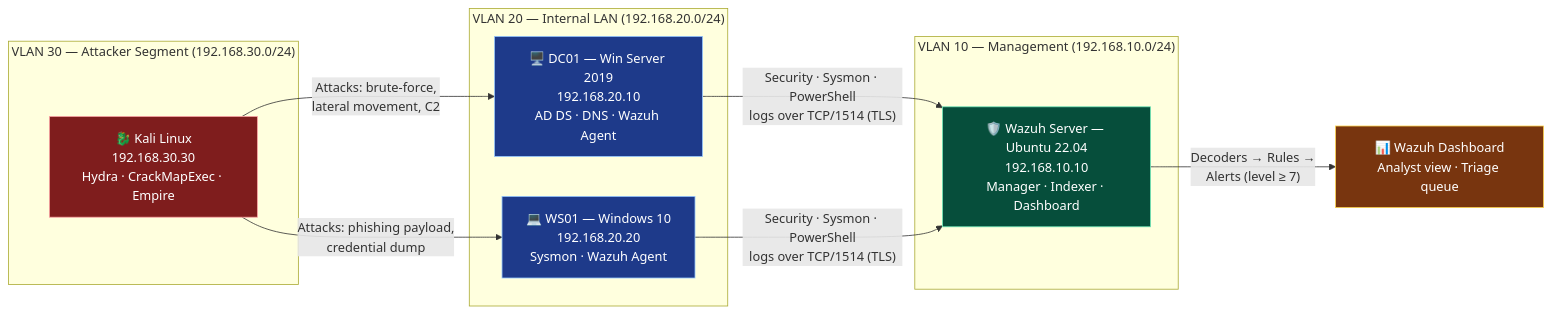
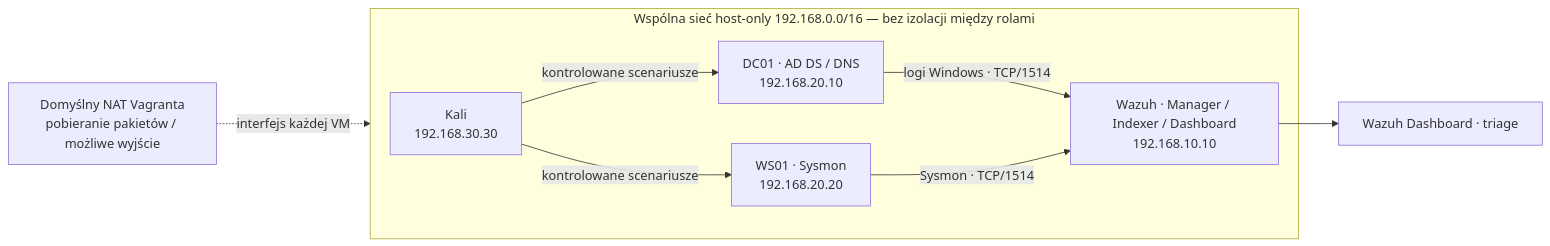
The first of 2 diagrams in README.md (Pawel123j/SOC-Home-Lab-Wazuh-AD-), drawn with Mermaid before and after one commit. The commit also changed other lines of this file and 14 other files, not shown here.

````diff
--- a/README.md
+++ b/README.md
@@ -92,32 +98,16 @@
 ```mermaid
 flowchart LR
-    subgraph VLAN30["VLAN 30 — Attacker Segment (192.168.30.0/24)"]
-        KALI["🐉 Kali Linux<br/>192.168.30.30<br/>Hydra · CrackMapExec · Empire"]
+    subgraph HOSTONLY["Wspólna sieć host-only 192.168.0.0/16 — bez izolacji między rolami"]
+        KALI["Kali<br/>192.168.30.30"]
+        DC["DC01 · AD DS / DNS<br/>192.168.20.10"]
+        WS["WS01 · Sysmon<br/>192.168.20.20"]
+        WAZUH["Wazuh · Manager / Indexer / Dashboard<br/>192.168.10.10"]
     end
-
-    subgraph VLAN20["VLAN 20 — Internal LAN (192.168.20.0/24)"]
-        DC["🖥️ DC01 — Win Server 2019<br/>192.168.20.10<br/>AD DS · DNS · Wazuh Agent"]
-        WS["💻 WS01 — Windows 10<br/>192.168.20.20<br/>Sysmon · Wazuh Agent"]
-    end
-
-    subgraph VLAN10["VLAN 10 — Management (192.168.10.0/24)"]
-        WAZUH["🛡️ Wazuh Server — Ubuntu 22.04<br/>192.168.10.10<br/>Manager · Indexer · Dashboard"]
-    end
-
-    KALI -- "Attacks: brute-force,<br/>lateral movement, C2" --> DC
-    KALI -- "Attacks: phishing payload,<br/>credential dump" --> WS
-
-    DC -- "Security · Sysmon · PowerShell<br/>logs over TCP/1514 (TLS)" --> WAZUH
-    WS -- "Security · Sysmon · PowerShell<br/>logs over TCP/1514 (TLS)" --> WAZUH
-
-    WAZUH -- "Decoders → Rules →<br/>Alerts (level ≥ 7)" --> ALERTS["📊 Wazuh Dashboard<br/>Analyst view · Triage queue"]
-
-    classDef attacker fill:#7f1d1d,stroke:#fca5a5,color:#fff
-    classDef victim fill:#1e3a8a,stroke:#93c5fd,color:#fff
-    classDef siem fill:#064e3b,stroke:#6ee7b7,color:#fff
-    classDef ui fill:#78350f,stroke:#fcd34d,color:#fff
-    class KALI attacker
-    class DC,WS victim
-    class WAZUH siem
-    class ALERTS ui
+    NAT["Domyślny NAT Vagranta<br/>pobieranie pakietów / możliwe wyjście"]
+    KALI -->|kontrolowane scenariusze| DC
+    KALI -->|kontrolowane scenariusze| WS
+    DC -->|logi Windows · TCP/1514| WAZUH
+    WS -->|Sysmon · TCP/1514| WAZUH
+    WAZUH --> ALERTS["Wazuh Dashboard · triage"]
+    NAT -. interfejs każdej VM .-> HOSTONLY
 ```
````
